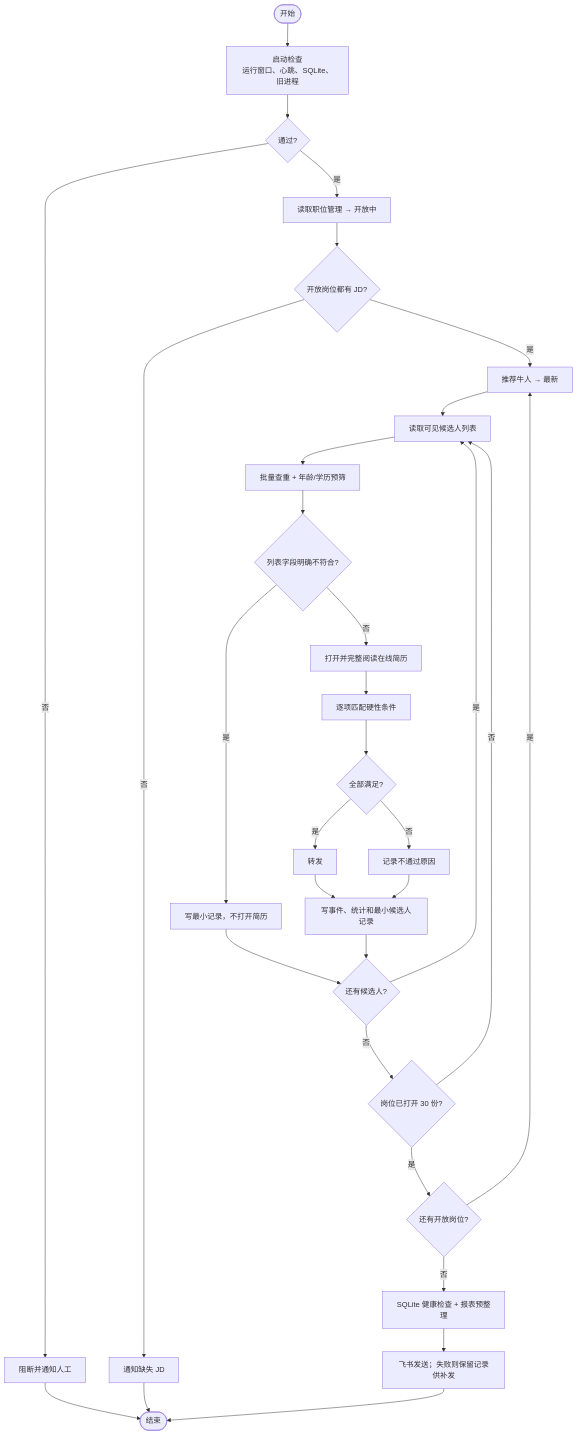
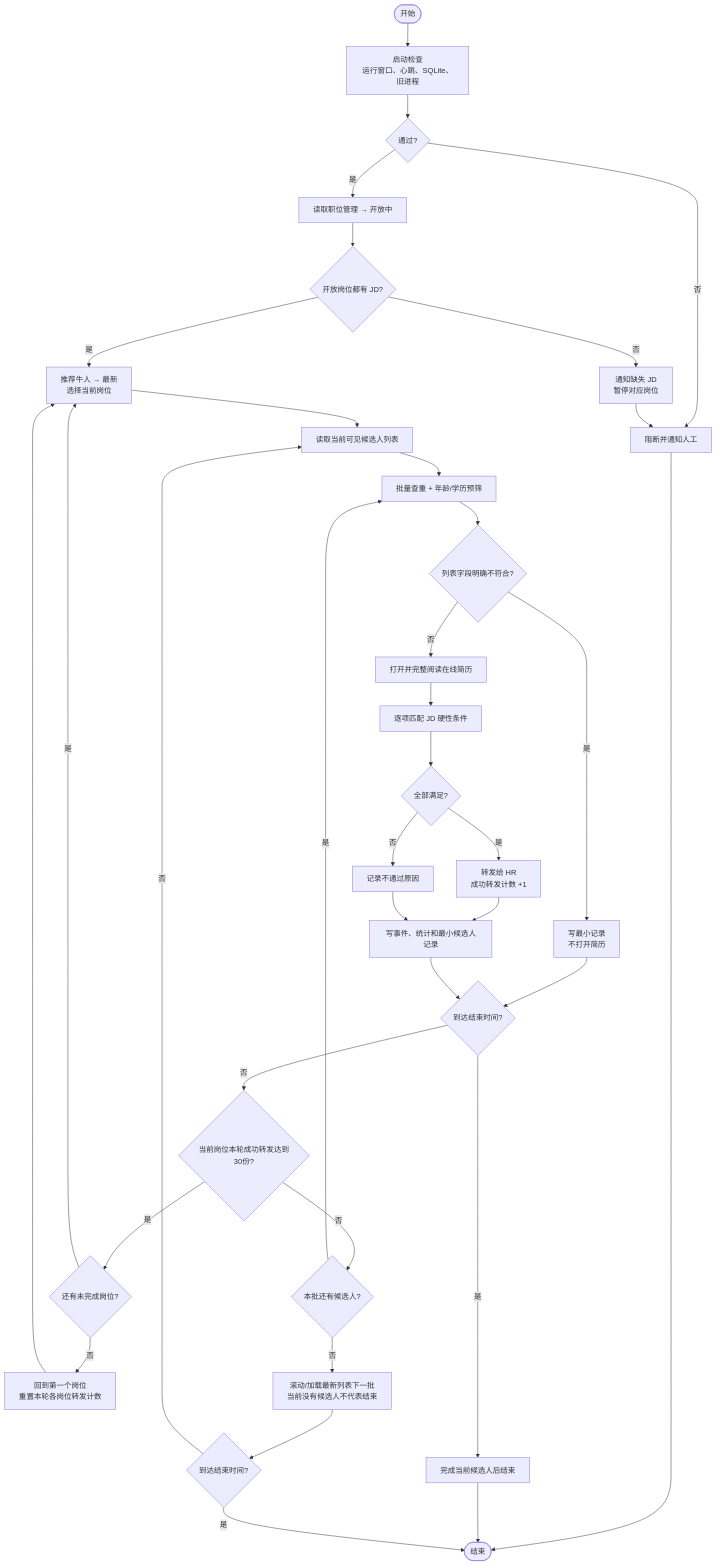
The second of 2 diagrams in README.md (lbql-yhl/zhineng-zhaopin-jiqiren), drawn with Mermaid before and after one commit. The commit also changed other lines of this file and 12 other files, not shown here.

````diff
--- a/README.md
+++ b/README.md
@@ -39,31 +39,34 @@
 ```mermaid
 flowchart TD
     S([开始]) --> C[启动检查<br/>运行窗口、心跳、SQLite、旧进程]
     C --> H{通过?}
     H -->|否| B[阻断并通知人工] --> Z([结束])
     H -->|是| J[读取职位管理 → 开放中]
     J --> K{开放岗位都有 JD?}
-    K -->|否| Q[通知缺失 JD] --> Z
-    K -->|是| W[推荐牛人 → 最新]
-    W --> L[读取可见候选人列表]
+    K -->|否| Q[通知缺失 JD<br/>暂停对应岗位] --> B
+    K -->|是| W[推荐牛人 → 最新<br/>选择当前岗位]
+    W --> L[读取当前可见候选人列表]
     L --> D[批量查重 + 年龄/学历预筛]
     D --> G{列表字段明确不符合?}
-    G -->|是| T[写最小记录，不打开简历]
+    G -->|是| T[写最小记录<br/>不打开简历]
     G -->|否| V[打开并完整阅读在线简历]
-    V --> M[逐项匹配硬性条件]
+    V --> M[逐项匹配 JD 硬性条件]
     M --> Y{全部满足?}
-    Y -->|是| F[转发]
+    Y -->|是| F[转发给 HR<br/>成功转发计数 +1]
     Y -->|否| R[记录不通过原因]
     F --> T2[写事件、统计和最小候选人记录]
     R --> T2
-    T --> N{还有候选人?}
-    T2 --> N
-    N -->|是| L
-    N -->|否| E{岗位已打开 30 份?}
-    E -->|否| L
-    E -->|是| P{还有开放岗位?}
+    T --> W2{到达结束时间?}
+    T2 --> W2
+    W2 -->|是| Z2[完成当前候选人后结束] --> Z
+    W2 -->|否| Q2{当前岗位本轮成功转发达到30份?}
+    Q2 -->|是| P{还有未完成岗位?}
     P -->|是| W
-    P -->|否| I[SQLite 健康检查 + 报表预整理]
-    I --> O[飞书发送；失败则保留记录供补发]
-    O --> Z
+    P -->|否| R1[回到第一个岗位<br/>重置本轮各岗位转发计数] --> W
+    Q2 -->|否| N{本批还有候选人?}
+    N -->|是| D
+    N -->|否| E[滚动/加载最新列表下一批<br/>当前没有候选人不代表结束]
+    E --> W3{到达结束时间?}
+    W3 -->|是| Z
+    W3 -->|否| L
 ```
````
